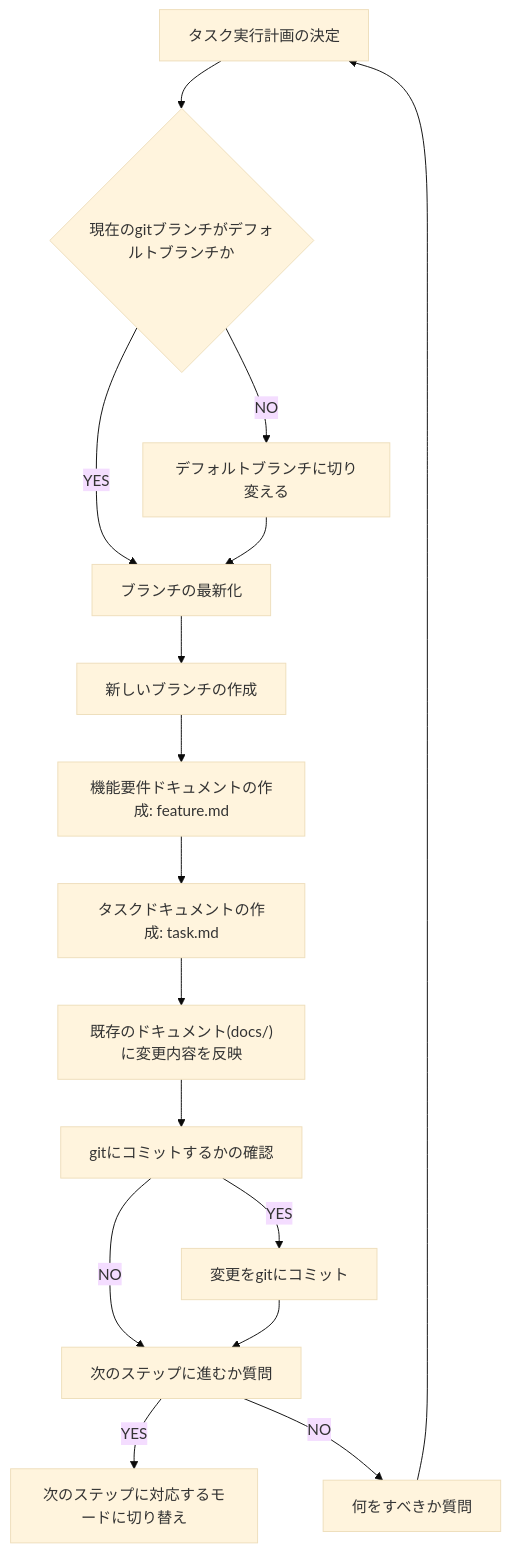
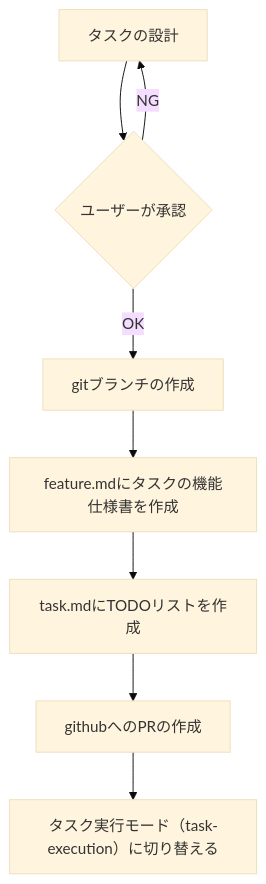
One commit to asamuzak09/roo-code-rules changed the diagram in .roo/rules-task-design/01-workflow.md. Above: the diagram before and after it, drawn with Mermaid (base theme). The commit also changed other lines of this file and 24 other files, not shown here.

````diff
--- a/.roo/rules-task-design/01-workflow.md
+++ b/.roo/rules-task-design/01-workflow.md
@@ -11,18 +14,10 @@
 ```mermaid
 flowchart TD
-    A[タスク実行計画の決定] --> B{現在のgitブランチがデフォルトブランチか}
-    B --> |YES| D
-    B --> |NO| C[デフォルトブランチに切り変える]
-    C --> D[ブランチの最新化]
-    D --> E
-    E[新しいブランチの作成] --> F[機能要件ドキュメントの作成: feature.md]
-    F --> G[タスクドキュメントの作成: task.md]
-    G --> H["既存のドキュメント(docs/)に変更内容を反映"]
-    H --> I[gitにコミットするかの確認]
-    I --> |YES| J[変更をgitにコミット]
-    I --> |NO| K[次のステップに進むか質問]
-    J --> K
-    K --> |YES| L[次のステップに対応するモードに切り替え]
-    K --> |NO| M[何をすべきか質問]
-    M --> A
+    A[タスクの設計] --> B{ユーザーが承認}
+    B --> |OK| C[gitブランチの作成]
+    B --> |NG| A
+    C --> D[feature.mdにタスクの機能仕様書を作成]
+    D --> E[task.mdにTODOリストを作成]
+    E --> F[githubへのPRの作成]
+    F --> G[タスク実行モード（task-execution）に切り替える]
 ```
````
